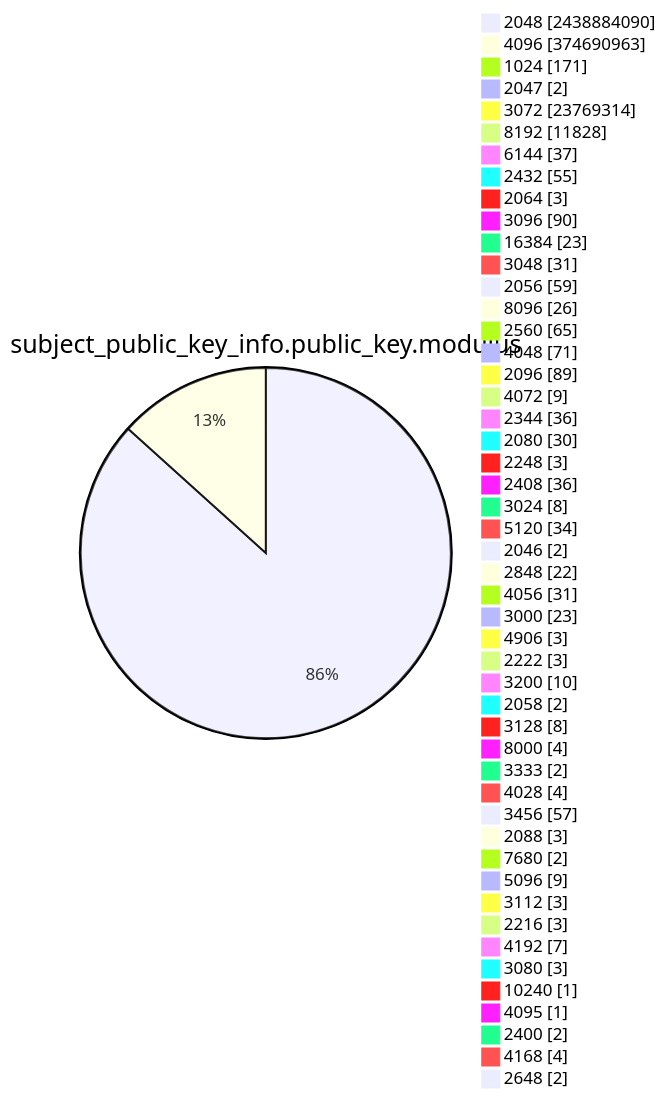
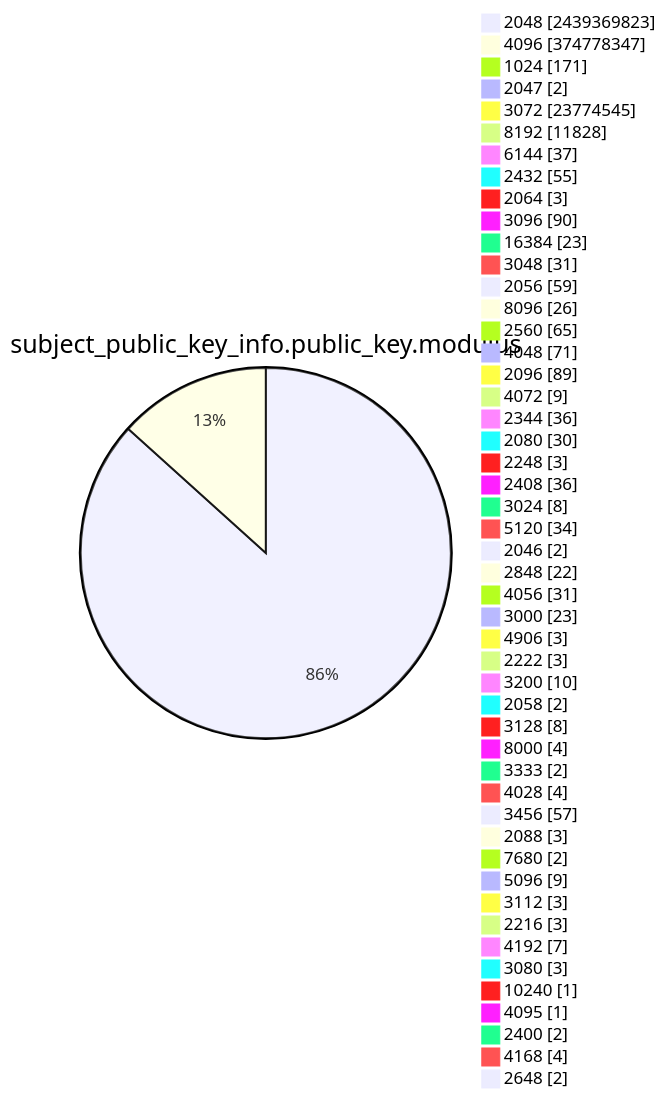
Before and after one commit to christiankrug/ctmonitor_visualization: diagram 13 of 15 in TOTAL/README.md, drawn with Mermaid. The commit also changed other lines of this file, not shown here.

````diff
--- a/TOTAL/README.md
+++ b/TOTAL/README.md
@@ -4168,53 +4168,53 @@
 ```mermaid
 pie showData
 title subject_public_key_info.public_key.modulus
-"2048" :2438884090
-"4096" :374690963
+"2048" :2439369823
+"4096" :374778347
 "1024" :171
 "2047" :2
-"3072" :23769314
+"3072" :23774545
 "8192" :11828
 "6144" :37
 "2432" :55
 "2064" :3
 "3096" :90
 "16384" :23
 "3048" :31
 "2056" :59
 "8096" :26
 "2560" :65
 "4048" :71
 "2096" :89
 "4072" :9
 "2344" :36
 "2080" :30
 "2248" :3
 "2408" :36
 "3024" :8
 "5120" :34
 "2046" :2
 "2848" :22
 "4056" :31
 "3000" :23
 "4906" :3
 "2222" :3
 "3200" :10
 "2058" :2
 "3128" :8
 "8000" :4
 "3333" :2
 "4028" :4
 "3456" :57
 "2088" :3
 "7680" :2
 "5096" :9
 "3112" :3
 "2216" :3
 "4192" :7
 "3080" :3
 "10240" :1
 "4095" :1
 "2400" :2
 "4168" :4
 "2648" :2
 ```
````
